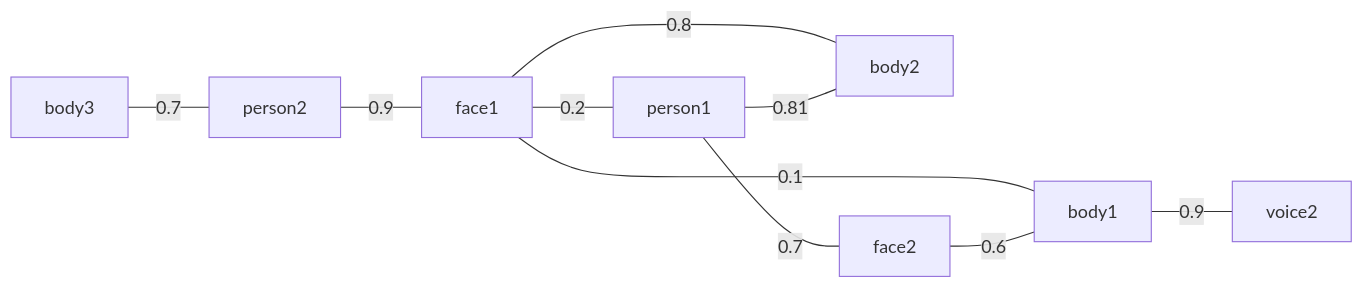
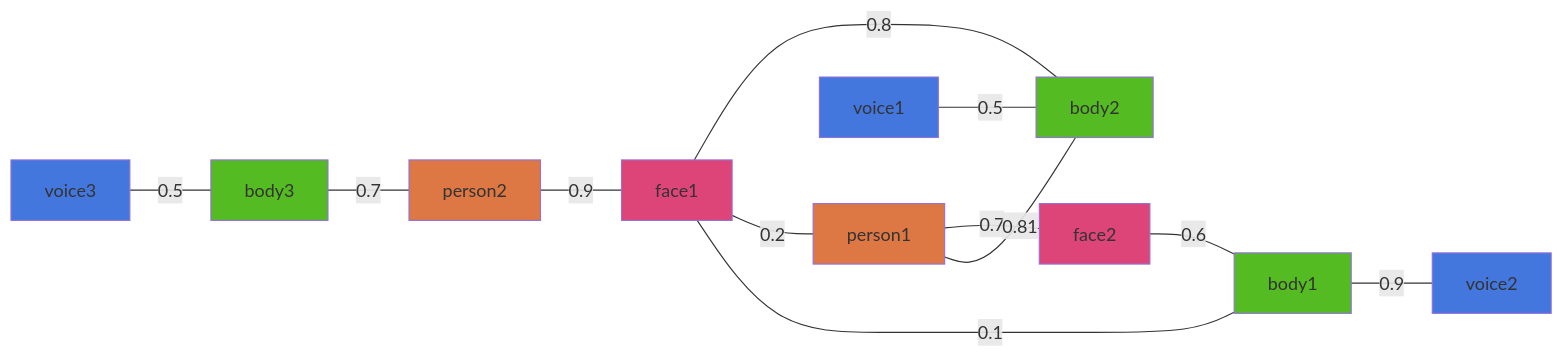
Before and after one commit to ros4hri/hri_person_manager: the first of 2 diagrams in doc/ALGORITHM.md, drawn with Mermaid. The commit also changed other lines of this file and 3 other files, not shown here.

````diff
--- a/doc/ALGORITHM.md
+++ b/doc/ALGORITHM.md
@@ -6,13 +68,20 @@
 ``` mermaid
 graph LR
 
-body3 ---|0.7| person2
-person2 ---|0.9| face1
-face1 ---|0.8| body2
+body3:::body ---|0.7| person2
+person2:::person ---|0.9| face1
+face1:::face ---|0.8| body2:::body
 face1 ---|0.2| person1
-face1 ---|0.1| body1
-person1 ---|0.7| face2
+face1 ---|0.1| body1:::body
+person1:::person ---|0.7| face2
 person1 ---|0.81| body2
-body1 ---|0.9| voice2
-face2 ---|0.6| body1
+body1 ---|0.9| voice2:::voice
+face2:::face ---|0.6| body1
+voice3:::voice ---|0.5| body3
+voice1:::voice ---|0.5| body2
+
+classDef person fill:#d74
+classDef voice fill:#47d
+classDef body fill:#5b2
+classDef face fill:#d47
 ```
````
